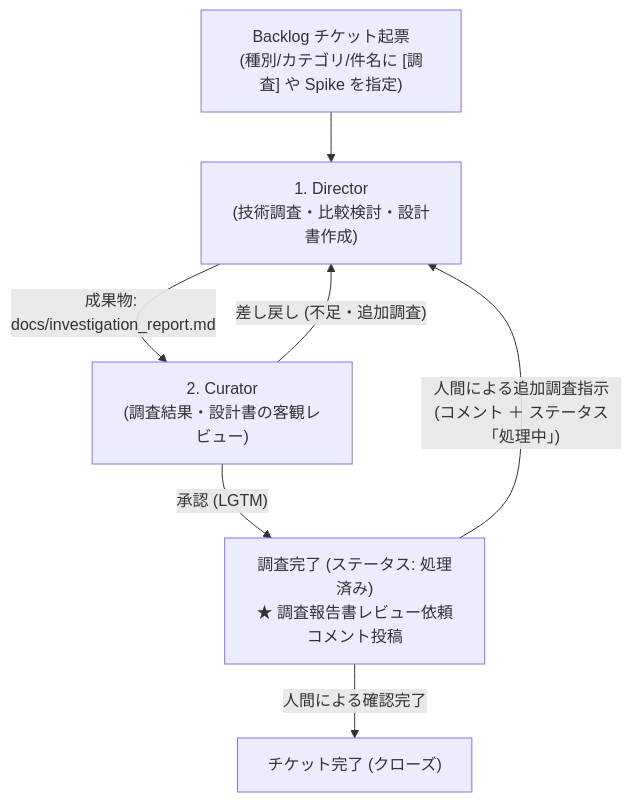
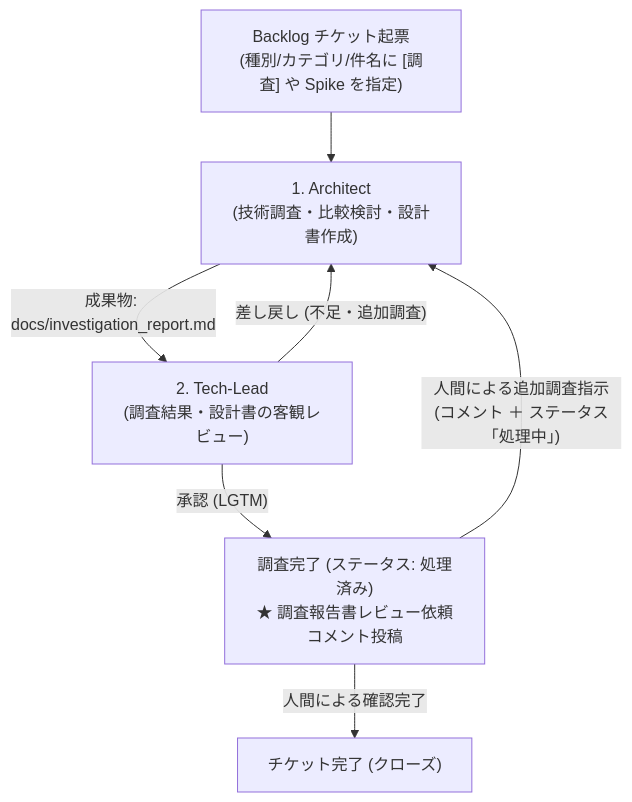
One commit to oharato/aidevflow changed the third of 5 diagrams in docs/architecture.md. Above: the diagram before and after it, drawn with Mermaid. The commit also changed other lines of this file and 15 other files, not shown here.

Commit message:
refactor: rename agent roles to architect, tech-lead, developer, code-reviewer, qa

````diff
--- a/docs/architecture.md
+++ b/docs/architecture.md
@@ -253,9 +253,9 @@
 ```mermaid
 flowchart TD
-    Issue["Backlog チケット起票\n(種別/カテゴリ/件名に [調査] や Spike を指定)"] --> Director["1. Director\n(技術調査・比較検討・設計書作成)"]
-    Director -->|"成果物: docs/investigation_report.md"| Curator["2. Curator\n(調査結果・設計書の客観レビュー)"]
-    Curator -->|"差し戻し (不足・追加調査)"| Director
-    Curator -->|"承認 (LGTM)"| Done["調査完了 (ステータス: 処理済み)\n★ 調査報告書レビュー依頼コメント投稿"]
+    Issue["Backlog チケット起票\n(種別/カテゴリ/件名に [調査] や Spike を指定)"] --> Architect["1. Architect\n(技術調査・比較検討・設計書作成)"]
+    Architect -->|"成果物: docs/investigation_report.md"| TechLead["2. Tech-Lead\n(調査結果・設計書の客観レビュー)"]
+    TechLead -->|"差し戻し (不足・追加調査)"| Architect
+    TechLead -->|"承認 (LGTM)"| Done["調査完了 (ステータス: 処理済み)\n★ 調査報告書レビュー依頼コメント投稿"]
     Done -->|"人間による確認完了"| Closed["チケット完了 (クローズ)"]
-    Done -->|"人間による追加調査指示\n(コメント ＋ ステータス「処理中」)"| Director
+    Done -->|"人間による追加調査指示\n(コメント ＋ ステータス「処理中」)"| Architect
 ```
````
